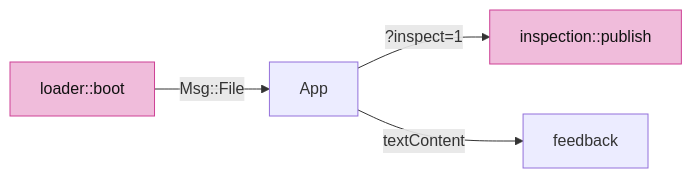
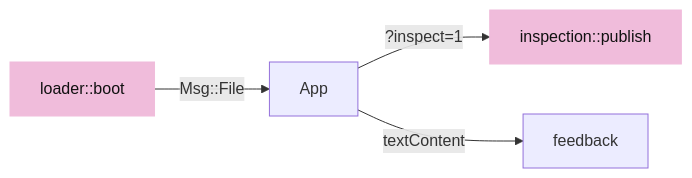
One commit to petrasvestartas/session changed diagram 11 of 19 in session_viewer/docs/12-picking.md. Above: the diagram before and after it, drawn with Mermaid. The commit also changed other lines of this file and 324 other files, not shown here.

````diff
--- a/session_viewer/docs/12-picking.md
+++ b/session_viewer/docs/12-picking.md
@@ -302,8 +370,8 @@
 ```mermaid
 flowchart LR
     L["loader::boot"] -- "Msg::File" --> A["App"]
     A -- "?inspect=1" --> I["inspection::publish"]
     A -- "textContent" --> F["feedback"]
-    style L fill:#f0bcdb,stroke:#ce4095,color:#111
-    style I fill:#f0bcdb,stroke:#ce4095,color:#111
+    style L fill:#f0bcdb,stroke:#f0bcdb,color:#111
+    style I fill:#f0bcdb,stroke:#f0bcdb,color:#111
 ```
````
